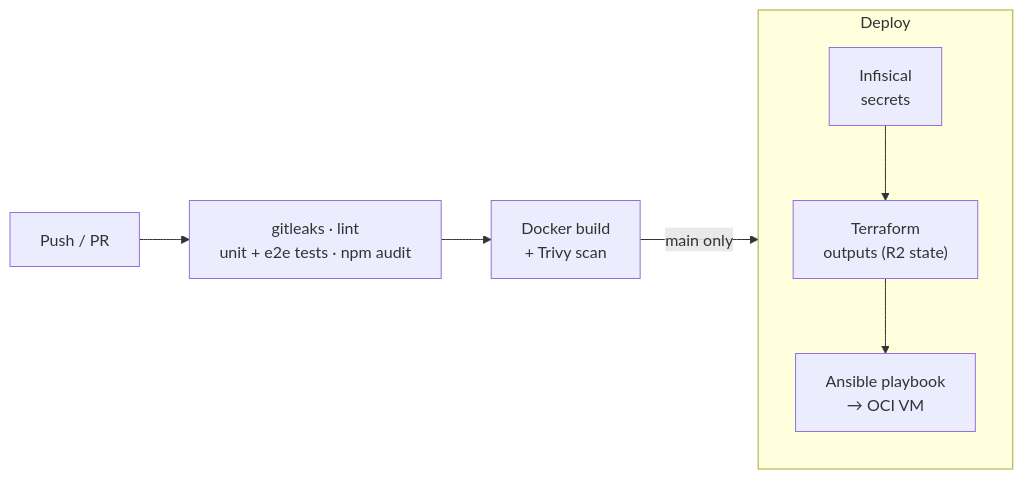
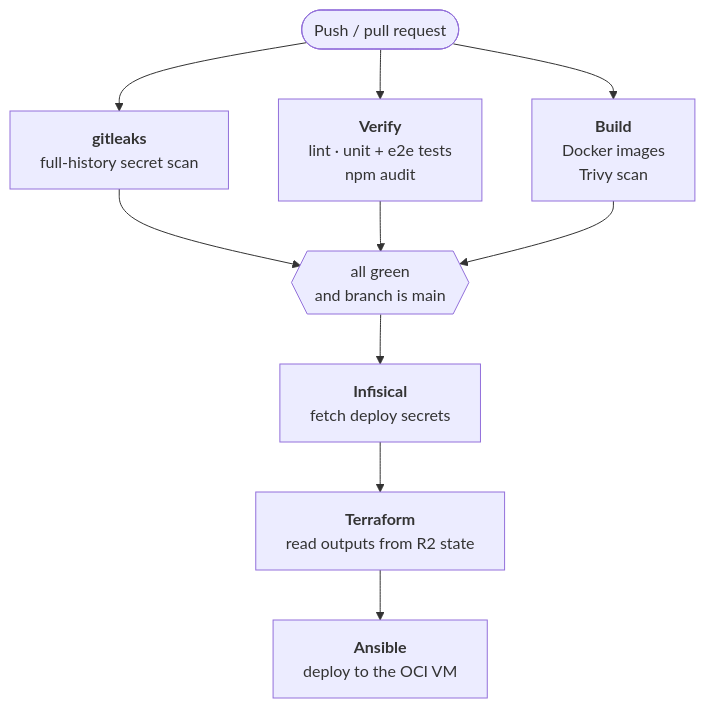
The third of 3 diagrams in README.md (socah/bggg), drawn with Mermaid before and after one commit. The commit also changed other lines of this file, not shown here.

First line of the commit message:
Make README architecture diagrams vertical and larger

````diff
--- a/README.md
+++ b/README.md
@@ -110,11 +131,19 @@
 ```mermaid
-flowchart LR
-    pr["Push / PR"] --> verify["gitleaks · lint<br/>unit + e2e tests · npm audit"]
-    verify --> build["Docker build<br/>+ Trivy scan"]
-    build -->|main only| deploy
-    subgraph deploy["Deploy"]
-        direction TB
-        inf["Infisical<br/>secrets"] --> tf["Terraform<br/>outputs (R2 state)"]
-        tf --> ans["Ansible playbook<br/>→ OCI VM"]
-    end
+flowchart TB
+    pr(["Push / pull request"])
+
+    scan["<b>gitleaks</b><br/>full-history secret scan"]
+    verify["<b>Verify</b><br/>lint · unit + e2e tests<br/>npm audit"]
+    build["<b>Build</b><br/>Docker images<br/>Trivy scan"]
+
+    pr --> scan & verify & build
+
+    inf["<b>Infisical</b><br/>fetch deploy secrets"]
+    tf["<b>Terraform</b><br/>read outputs from R2 state"]
+    ans["<b>Ansible</b><br/>deploy to the OCI VM"]
+
+    gate{{"all green<br/>and branch is main"}}
+    scan & verify & build --> gate
+    gate --> inf
+    inf --> tf --> ans
 ```
````
